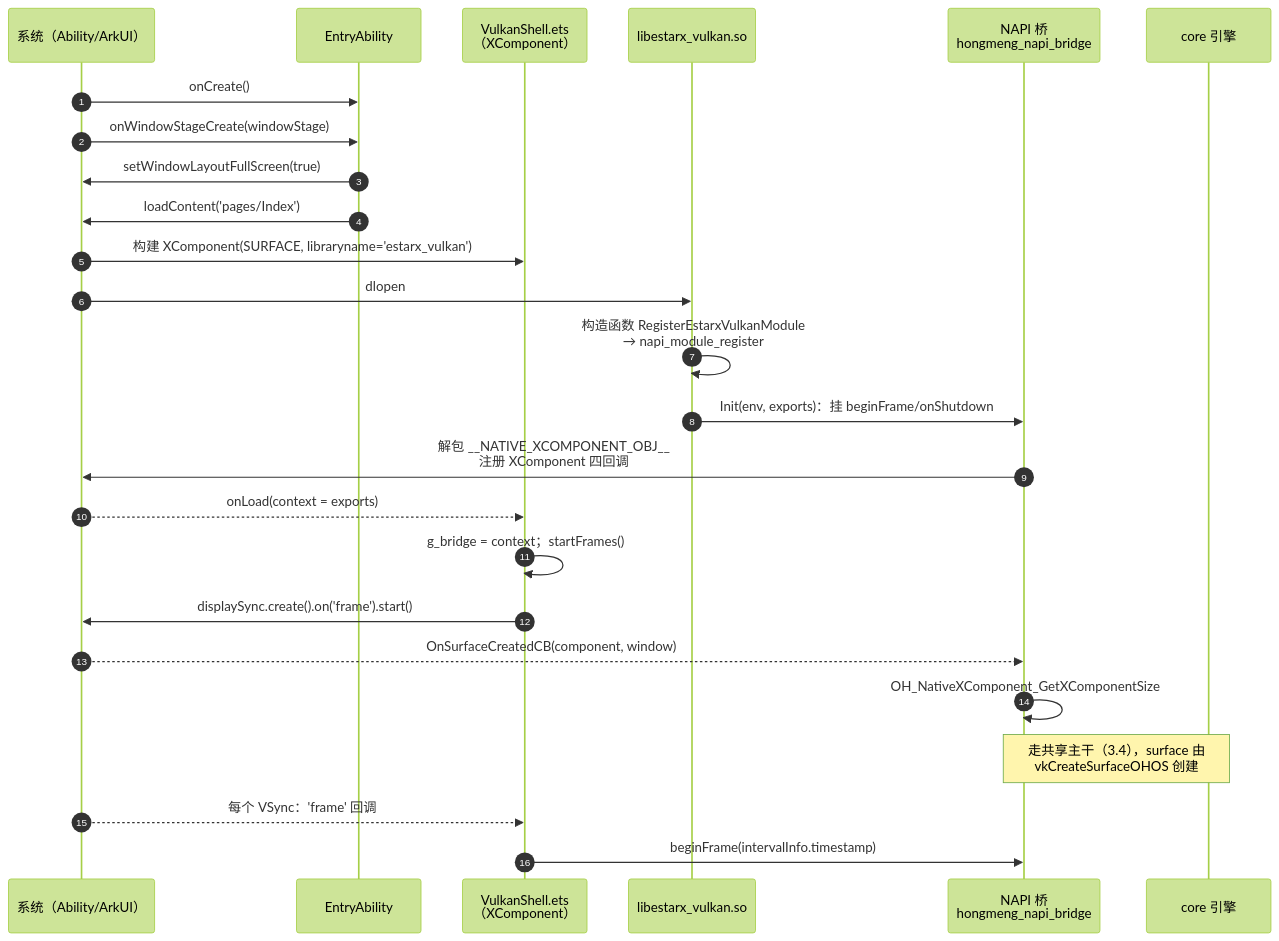
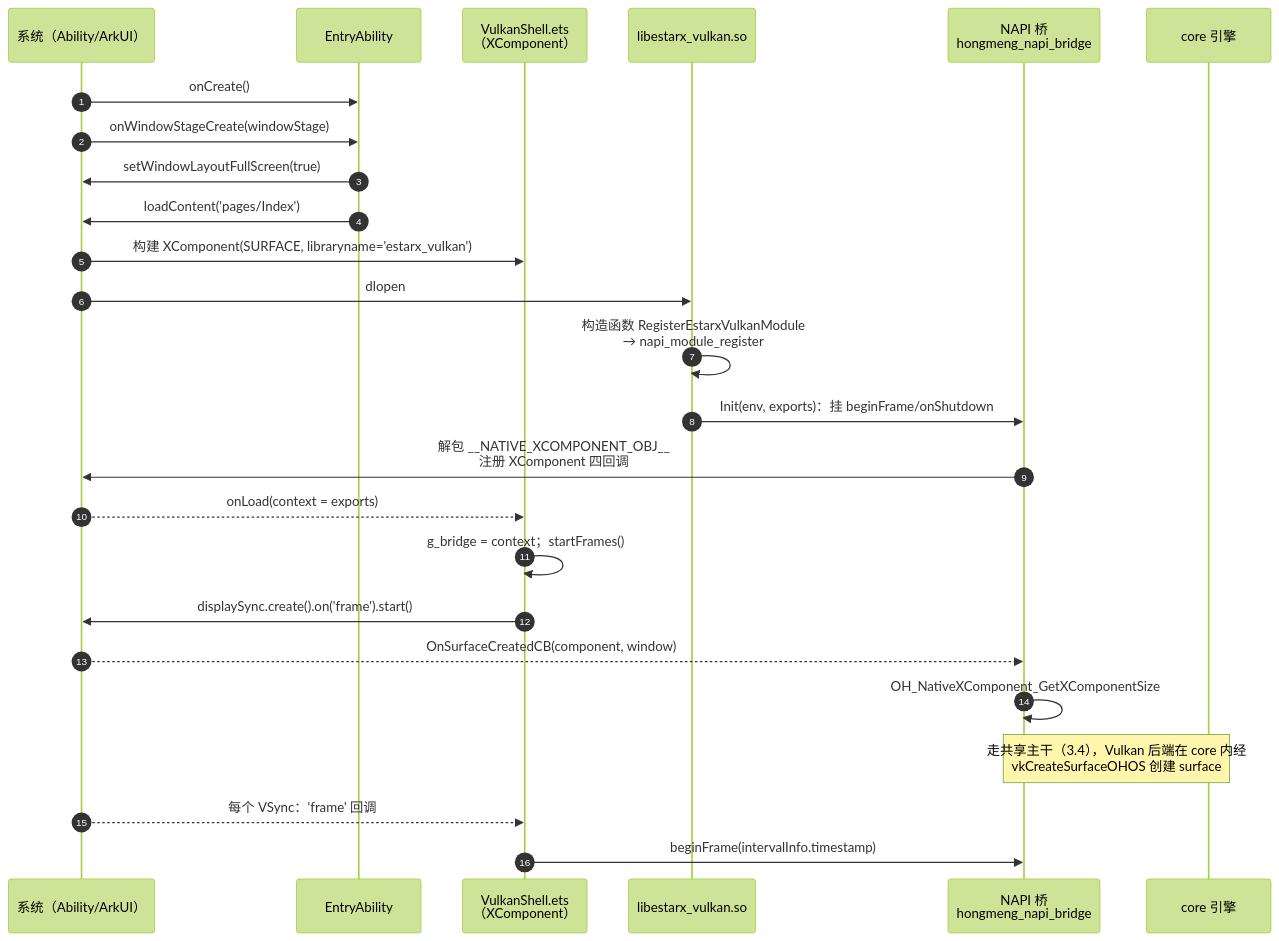
One commit to helloworldwangziyi/SVK changed the fourth of 8 diagrams in docs/startup-sequence.md. Above: the diagram before and after it, drawn with Mermaid (forest theme). The commit also changed other lines of this file and 45 other files, not shown here.

````diff
--- a/docs/startup-sequence.md
+++ b/docs/startup-sequence.md
@@ -132,28 +132,28 @@
 ```mermaid
 sequenceDiagram
     autonumber
     participant Sys as 系统（Ability/ArkUI）
     participant Ab as EntryAbility
     participant Shell as VulkanShell.ets<br/>（XComponent）
     participant SO as libestarx_vulkan.so
     participant NAPI as NAPI 桥<br/>hongmeng_napi_bridge
     participant Core as core 引擎
 
     Sys->>Ab: onCreate()
     Sys->>Ab: onWindowStageCreate(windowStage)
     Ab->>Sys: setWindowLayoutFullScreen(true)
     Ab->>Sys: loadContent('pages/Index')
     Sys->>Shell: 构建 XComponent(SURFACE, libraryname='estarx_vulkan')
     Sys->>SO: dlopen
     SO->>SO: 构造函数 RegisterEstarxVulkanModule<br/>→ napi_module_register
     SO->>NAPI: Init(env, exports)：挂 beginFrame/onShutdown
     NAPI->>Sys: 解包 __NATIVE_XCOMPONENT_OBJ__<br/>注册 XComponent 四回调
     Sys-->>Shell: onLoad(context = exports)
     Shell->>Shell: g_bridge = context；startFrames()
     Shell->>Sys: displaySync.create().on('frame').start()
     Sys-->>NAPI: OnSurfaceCreatedCB(component, window)
     NAPI->>NAPI: OH_NativeXComponent_GetXComponentSize
-    Note over NAPI,Core: 走共享主干（3.4），surface 由<br/>vkCreateSurfaceOHOS 创建
+    Note over NAPI,Core: 走共享主干（3.4），Vulkan 后端在 core 内经<br/>vkCreateSurfaceOHOS 创建 surface
     Sys-->>Shell: 每个 VSync：'frame' 回调
     Shell->>NAPI: beginFrame(intervalInfo.timestamp)
 ```
````
